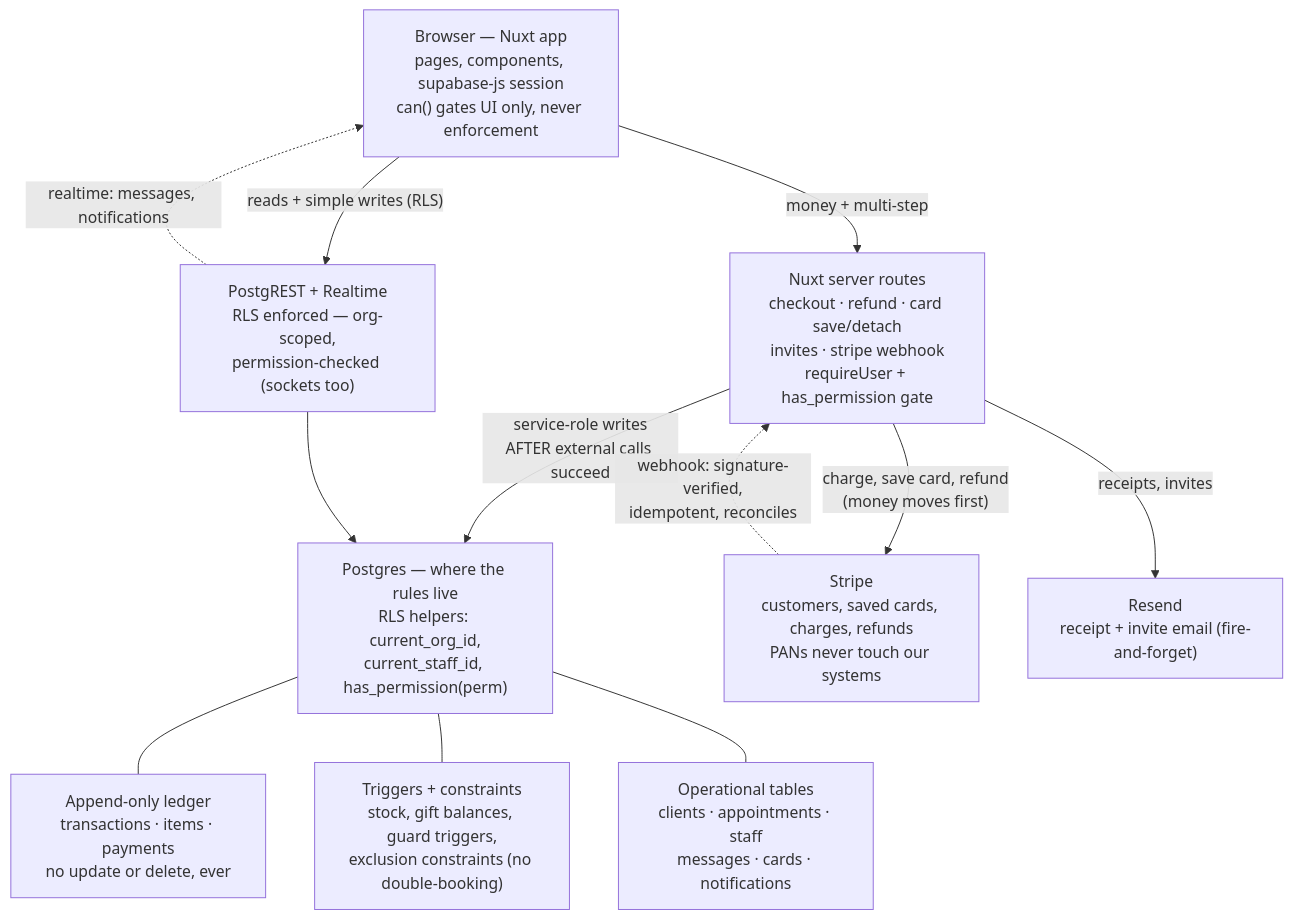
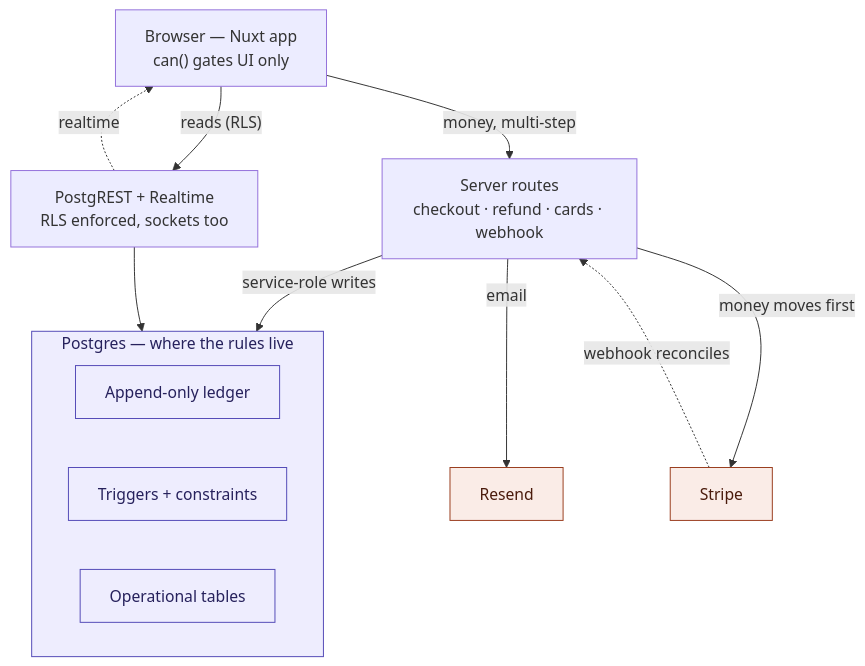
Before and after one commit to danielnedelcu/the-reserve: the diagram in docs/architecture.md, drawn with Mermaid.

Commit message:
docs: architecture overview — the two-door data flow

````diff
--- a/docs/architecture.md
+++ b/docs/architecture.md
@@ -14,27 +14,30 @@
 ```mermaid
 flowchart TB
-    B["Browser — Nuxt app\npages, components, supabase-js session\ncan() gates UI only, never enforcement"]
+    B["Browser — Nuxt app<br/>can() gates UI only"]
 
-    PR["PostgREST + Realtime\nRLS enforced — org-scoped,\npermission-checked (sockets too)"]
-    SR["Nuxt server routes\ncheckout · refund · card save/detach\ninvites · stripe webhook\nrequireUser + has_permission gate"]
+    PR["PostgREST + Realtime<br/>RLS enforced, sockets too"]
+    SR["Server routes<br/>checkout · refund · cards · webhook"]
 
-    PG["Postgres — where the rules live\nRLS helpers: current_org_id,\ncurrent_staff_id, has_permission(perm)"]
-    LED["Append-only ledger\ntransactions · items · payments\nno update or delete, ever"]
-    TRG["Triggers + constraints\nstock, gift balances, guard triggers,\nexclusion constraints (no double-booking)"]
-    OPS["Operational tables\nclients · appointments · staff\nmessages · cards · notifications"]
+    subgraph PG["Postgres — where the rules live"]
+        LED["Append-only ledger"]
+        TRG["Triggers + constraints"]
+        OPS["Operational tables"]
+    end
 
-    STR["Stripe\ncustomers, saved cards, charges, refunds\nPANs never touch our systems"]
-    RES["Resend\nreceipt + invite email (fire-and-forget)"]
+    STR["Stripe"]
+    RES["Resend"]
 
-    B -->|"reads + simple writes (RLS)"| PR
-    PR -.->|"realtime: messages, notifications"| B
-    B -->|"money + multi-step"| SR
-    SR -->|"service-role writes\nAFTER external calls succeed"| PG
+    B -->|"reads (RLS)"| PR
+    PR -.->|realtime| B
+    B -->|"money, multi-step"| SR
+    SR -->|"service-role writes"| PG
     PR --> PG
-    PG --- LED
-    PG --- TRG
-    PG --- OPS
-    SR -->|"charge, save card, refund\n(money moves first)"| STR
-    STR -.->|"webhook: signature-verified,\nidempotent, reconciles"| SR
-    SR -->|receipts, invites| RES
+    SR -->|"money moves first"| STR
+    STR -.->|"webhook reconciles"| SR
+    SR -->|email| RES
+
+    classDef rules fill:#EEEDFE,stroke:#534AB7,color:#26215C
+    class PG,LED,TRG,OPS rules
+    classDef external fill:#FAECE7,stroke:#993C1D,color:#4A1B0C
+    class STR,RES external
 ```
````
